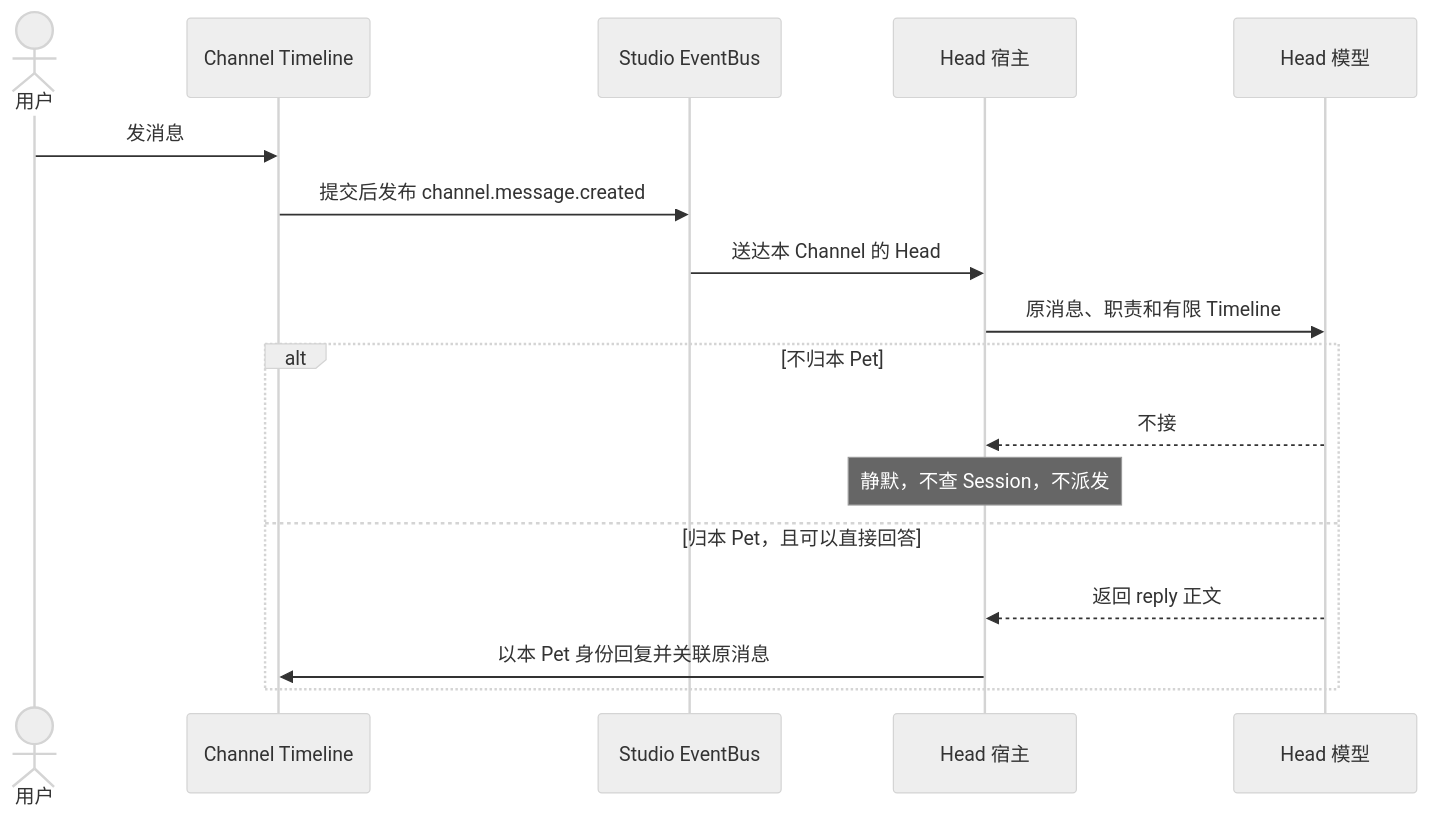
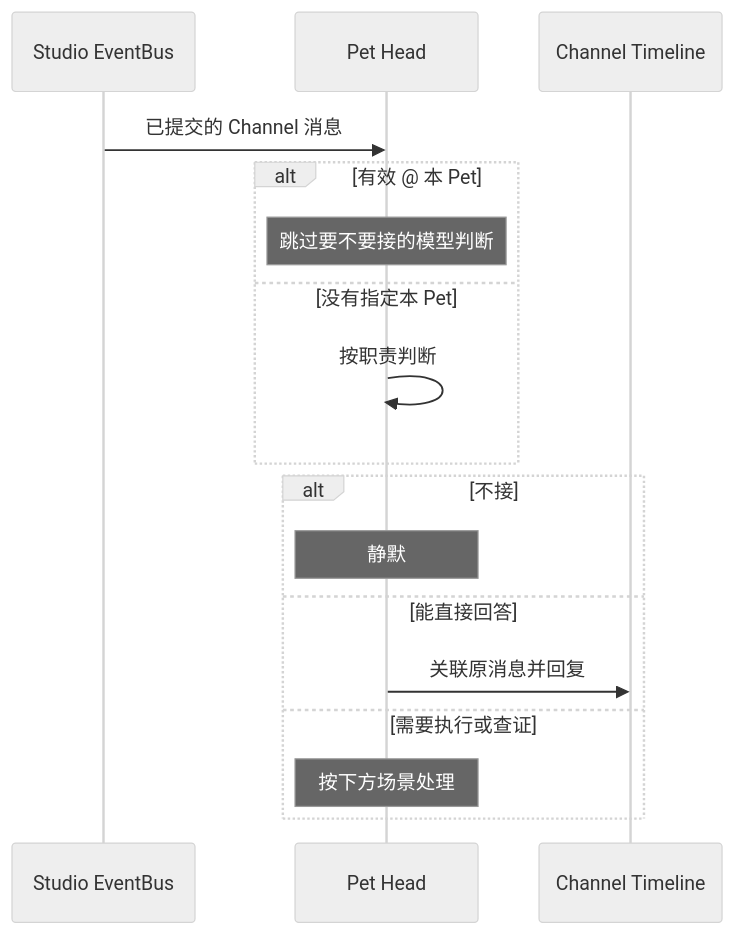
One commit to pinpawo/pinpawo-agent changed the first of 4 diagrams in docs/design/studio/pet-head-mechanism.md. Above: the diagram before and after it, drawn with Mermaid (neutral theme). The commit also changed other lines of this file, not shown here.

Commit message:
docs(studio): simplify Pet Head routing for review

````diff
--- a/docs/design/studio/pet-head-mechanism.md
+++ b/docs/design/studio/pet-head-mechanism.md
@@ -55,19 +36,19 @@
 ```mermaid
 sequenceDiagram
-    actor U as 用户
+    participant B as Studio EventBus
+    participant H as Pet Head
     participant C as Channel Timeline
-    participant B as Studio EventBus
-    participant H as Head 宿主
-    participant M as Head 模型
-    U->>C: 发消息
-    C->>B: 提交后发布 channel.message.created
-    B->>H: 送达本 Channel 的 Head
-    H->>M: 原消息、职责和有限 Timeline
-    alt 不归本 Pet
-        M-->>H: 不接
-        Note over H: 静默，不查 Session，不派发
-    else 归本 Pet，且可以直接回答
-        M-->>H: 返回 reply 正文
-        H->>C: 以本 Pet 身份回复并关联原消息
+    B->>H: 已提交的 Channel 消息
+    alt 有效 @ 本 Pet
+        Note over H: 跳过要不要接的模型判断
+    else 没有指定本 Pet
+        H->>H: 按职责判断
+    end
+    alt 不接
+        Note over H: 静默
+    else 能直接回答
+        H->>C: 关联原消息并回复
+    else 需要执行或查证
+        Note over H: 按下方场景处理
     end
 ```
````
